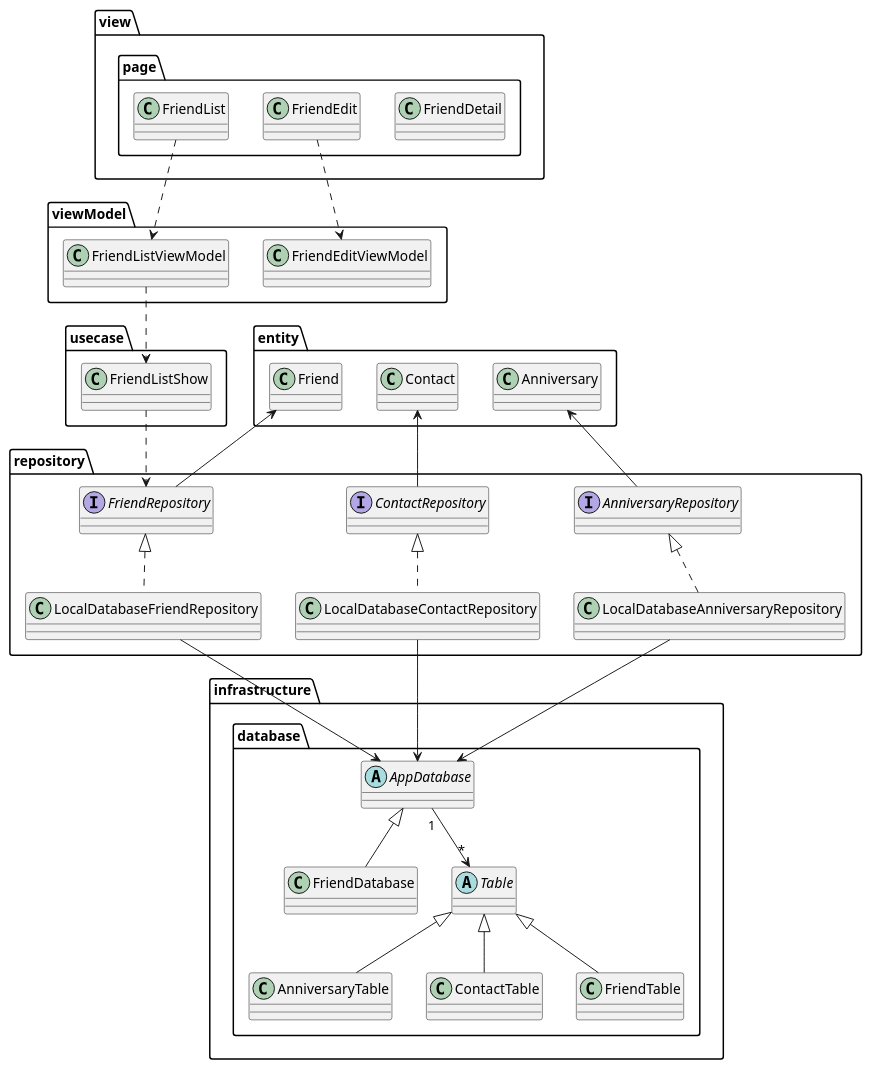
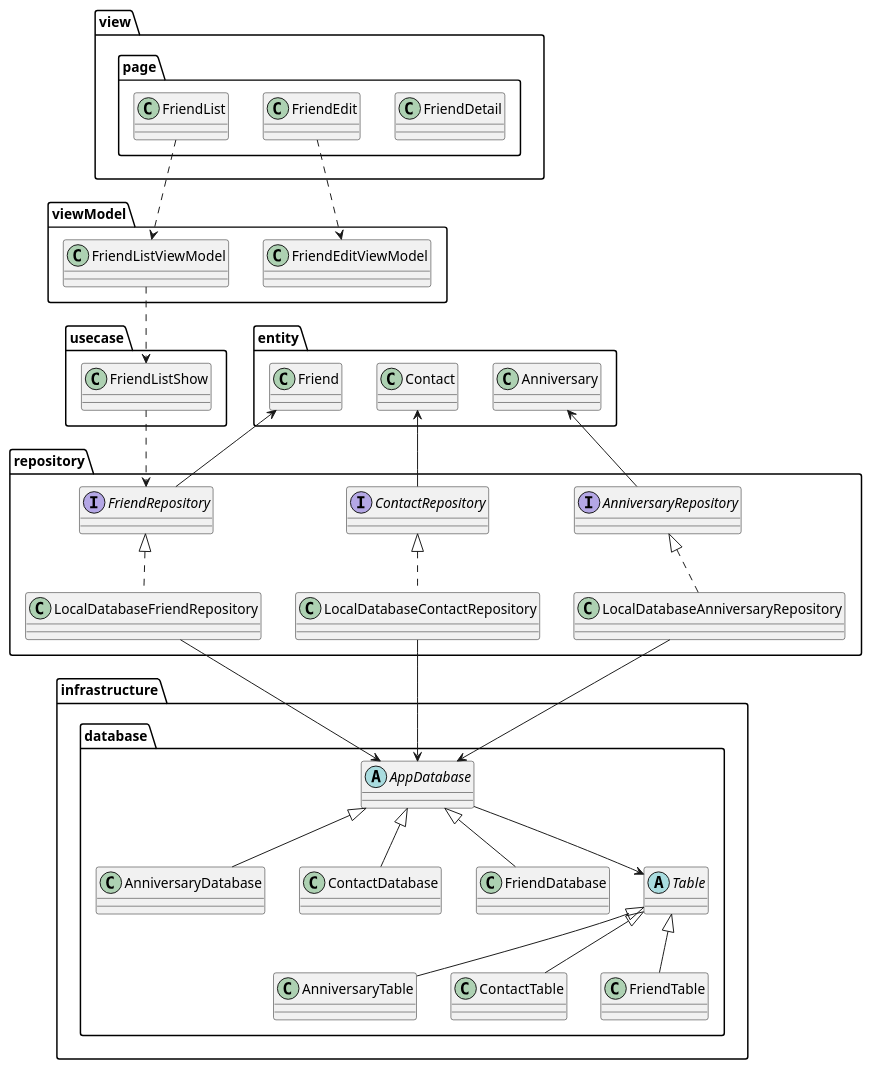
The diagram in uml/class_diagram.pu (nmskm240/friend_list), drawn with PlantUML before and after one commit. The commit also changed 14 other files, not shown here.

Commit message:
Cut out anniversary and contact database

```diff
--- a/uml/class_diagram.pu
+++ b/uml/class_diagram.pu
@@ -1,72 +1,76 @@
 @startuml
 
 package view {
     package page {
         class FriendDetail
         class FriendEdit
         class FriendList
     }
 }
 
 package viewModel {
     class FriendListViewModel
     class FriendEditViewModel
 }
 
 package usecase {
     class FriendListShow
 }
 
 
 package repository {
     interface AnniversaryRepository
     interface ContactRepository
     interface FriendRepository
     class LocalDatabaseAnniversaryRepository
     class LocalDatabaseContactRepository
     class LocalDatabaseFriendRepository
 }
 
 package entity {
     class Anniversary
     class Contact
     class Friend
 }
 
 package infrastructure {
     package database {
+        class AnniversaryDatabase
         class AnniversaryTable
         abstract AppDatabase
+        class ContactDatabase
         class ContactTable
         class FriendDatabase
         class FriendTable
         abstract Table
     }
 }
 
 FriendList ..> FriendListViewModel
 FriendEdit ..> FriendEditViewModel
 
 FriendListViewModel ..> FriendListShow
 
 FriendListShow ..> FriendRepository
 
 Anniversary <-- AnniversaryRepository
 Contact <-- ContactRepository
 Friend <-- FriendRepository
 
 AnniversaryRepository <|.. LocalDatabaseAnniversaryRepository
 ContactRepository <|.. LocalDatabaseContactRepository
 FriendRepository <|.. LocalDatabaseFriendRepository
 
 LocalDatabaseAnniversaryRepository --> AppDatabase
 LocalDatabaseContactRepository --> AppDatabase
 LocalDatabaseFriendRepository --> AppDatabase
 
+AppDatabase <|-- AnniversaryDatabase
+AppDatabase <|-- ContactDatabase
 AppDatabase <|-- FriendDatabase
 Table <|-- AnniversaryTable
 Table <|-- ContactTable
 Table <|-- FriendTable
-AppDatabase "1" --> "*" Table
+AppDatabase -->  Table
 
 @enduml
```
